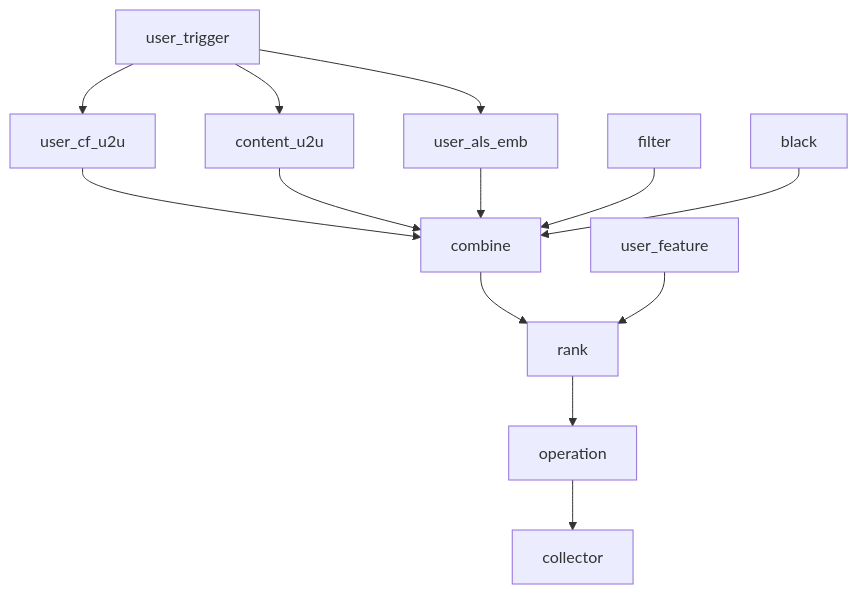
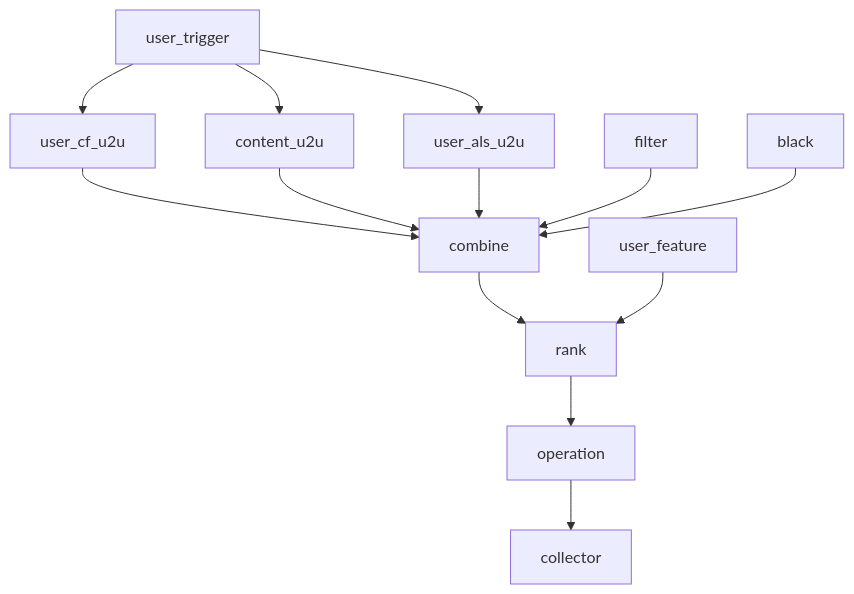
The second of 2 diagrams in README.md (open-rec/rec-server), drawn with Mermaid before and after one commit. The commit also changed other lines of this file and 7 other files, not shown here.

Commit message:
align recall graph channels and serving table names

````diff
--- a/README.md
+++ b/README.md
@@ -59,16 +59,16 @@
 ```mermaid
 flowchart TD
     user_trigger --> user_cf_u2u
     user_trigger --> content_u2u
-    user_trigger --> user_als_emb
+    user_trigger --> user_als_u2u
 
     user_cf_u2u --> combine
     content_u2u --> combine
-    user_als_emb --> combine
+    user_als_u2u --> combine
     filter --> combine
     black --> combine
 
     combine --> rank
     user_feature --> rank
     rank --> operation --> collector
 ```
````
